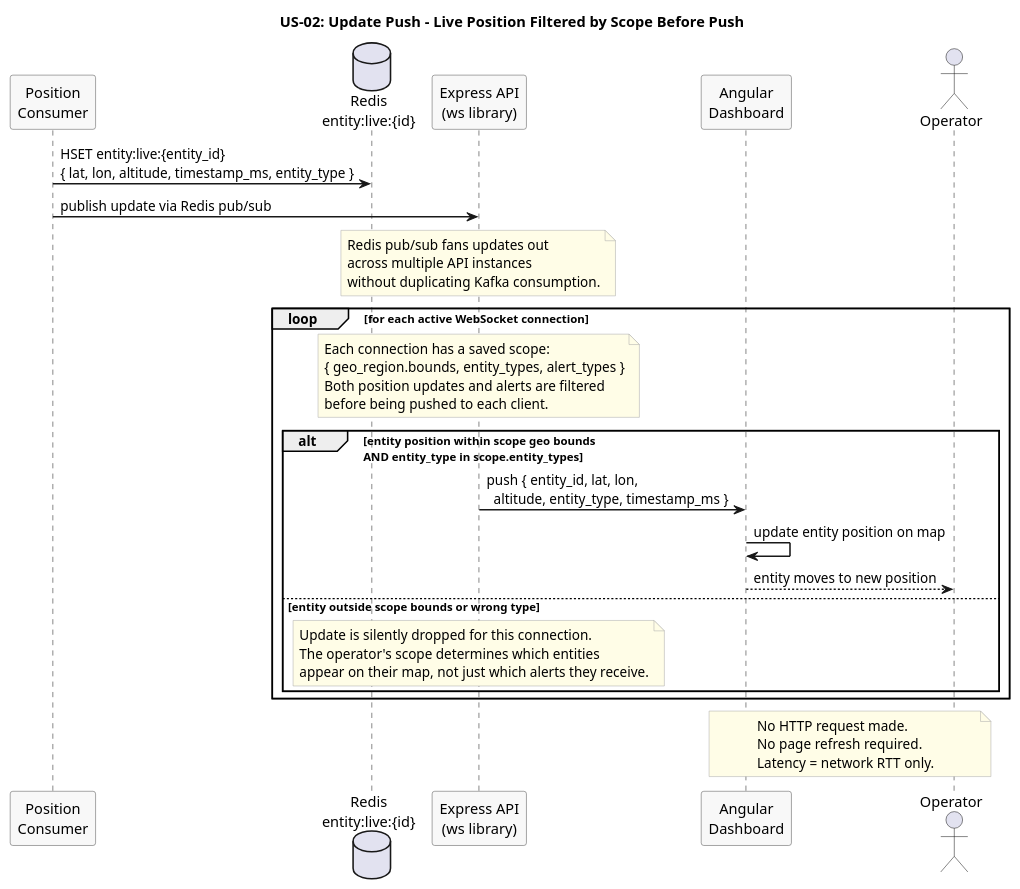
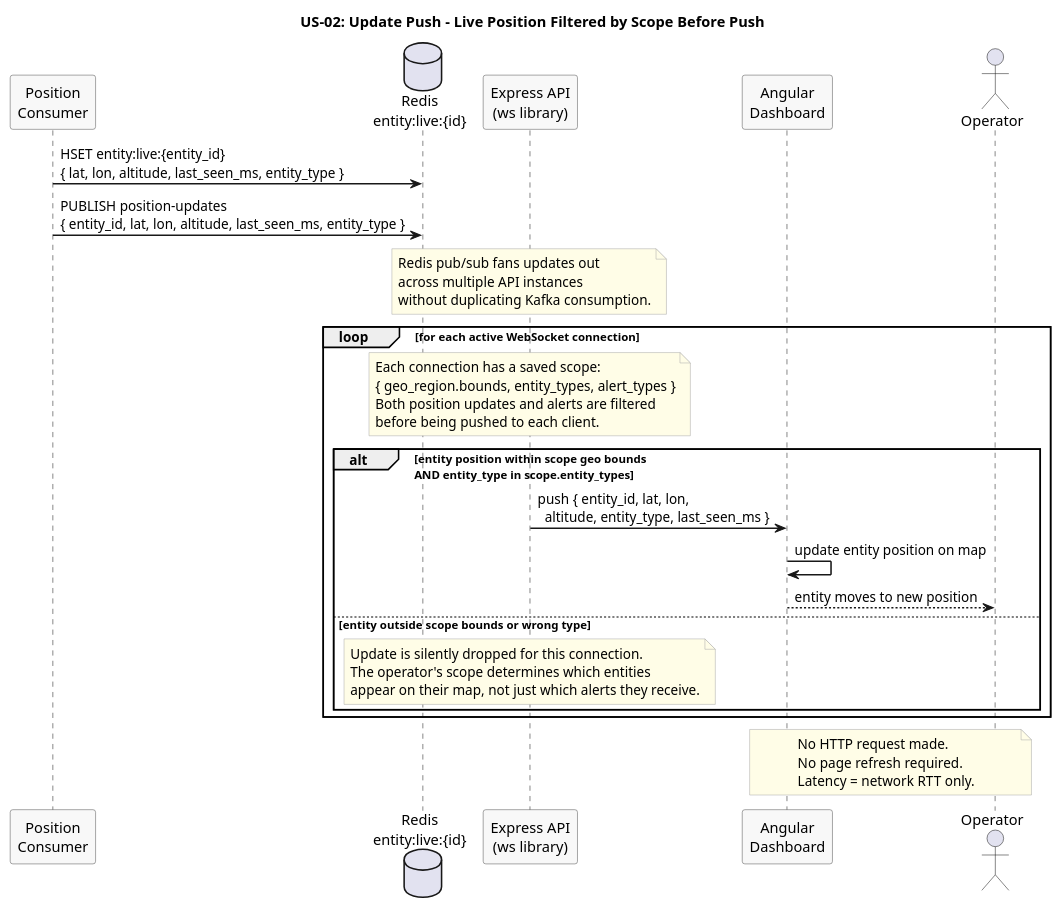
The diagram in docs/use-cases/US-02-live-map-updates/update-push.puml (Buffden/sentinel), drawn with PlantUML before and after one commit. The commit also changed 7 other files, not shown here.

First line of the commit message:
docs: replace timestamp_ms with last_seen_ms in Redis hash contexts across flow diagrams

```diff
--- a/docs/use-cases/US-02-live-map-updates/update-push.puml
+++ b/docs/use-cases/US-02-live-map-updates/update-push.puml
@@ -1,52 +1,52 @@
 @startuml update-push
 title US-02: Update Push - Live Position Filtered by Scope Before Push
 
 skinparam sequenceArrowThickness 1.5
 skinparam participantBorderColor #555555
 skinparam participantBackgroundColor #F8F8F8
 skinparam noteBorderColor #AAAAAA
 skinparam noteBackgroundColor #FFFDE7
 
 participant "Position\nConsumer" as Consumer
 database "Redis\nentity:live:{id}" as Redis
 participant "Express API\n(ws library)" as API
 participant "Angular\nDashboard" as Dashboard
 actor Operator
 
-Consumer -> Redis : HSET entity:live:{entity_id}\n{ lat, lon, altitude, timestamp_ms, entity_type }
-Consumer -> API : publish update via Redis pub/sub
+Consumer -> Redis : HSET entity:live:{entity_id}\n{ lat, lon, altitude, last_seen_ms, entity_type }
+Consumer -> Redis : PUBLISH position-updates\n{ entity_id, lat, lon, altitude, last_seen_ms, entity_type }
 
 note over API
   Redis pub/sub fans updates out
   across multiple API instances
   without duplicating Kafka consumption.
 end note
 
 loop for each active WebSocket connection
   note over API
     Each connection has a saved scope:
     { geo_region.bounds, entity_types, alert_types }
     Both position updates and alerts are filtered
     before being pushed to each client.
   end note
 
   alt entity position within scope geo bounds\nAND entity_type in scope.entity_types
-    API -> Dashboard : push { entity_id, lat, lon,\n  altitude, entity_type, timestamp_ms }
+    API -> Dashboard : push { entity_id, lat, lon,\n  altitude, entity_type, last_seen_ms }
     Dashboard -> Dashboard : update entity position on map
     Dashboard --> Operator : entity moves to new position
   else entity outside scope bounds or wrong type
     note over API
       Update is silently dropped for this connection.
       The operator's scope determines which entities
       appear on their map, not just which alerts they receive.
     end note
   end
 end
 
 note over Dashboard, Operator
   No HTTP request made.
   No page refresh required.
   Latency = network RTT only.
 end note
 
 @enduml
```
